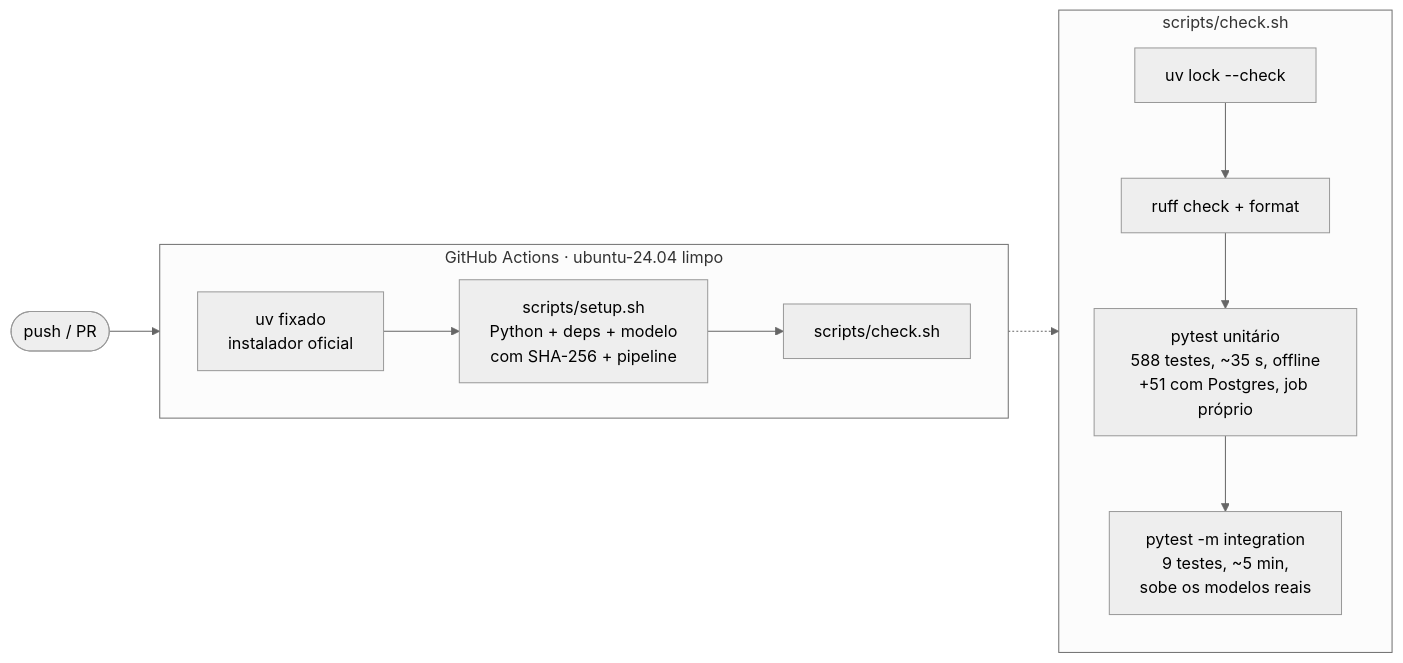
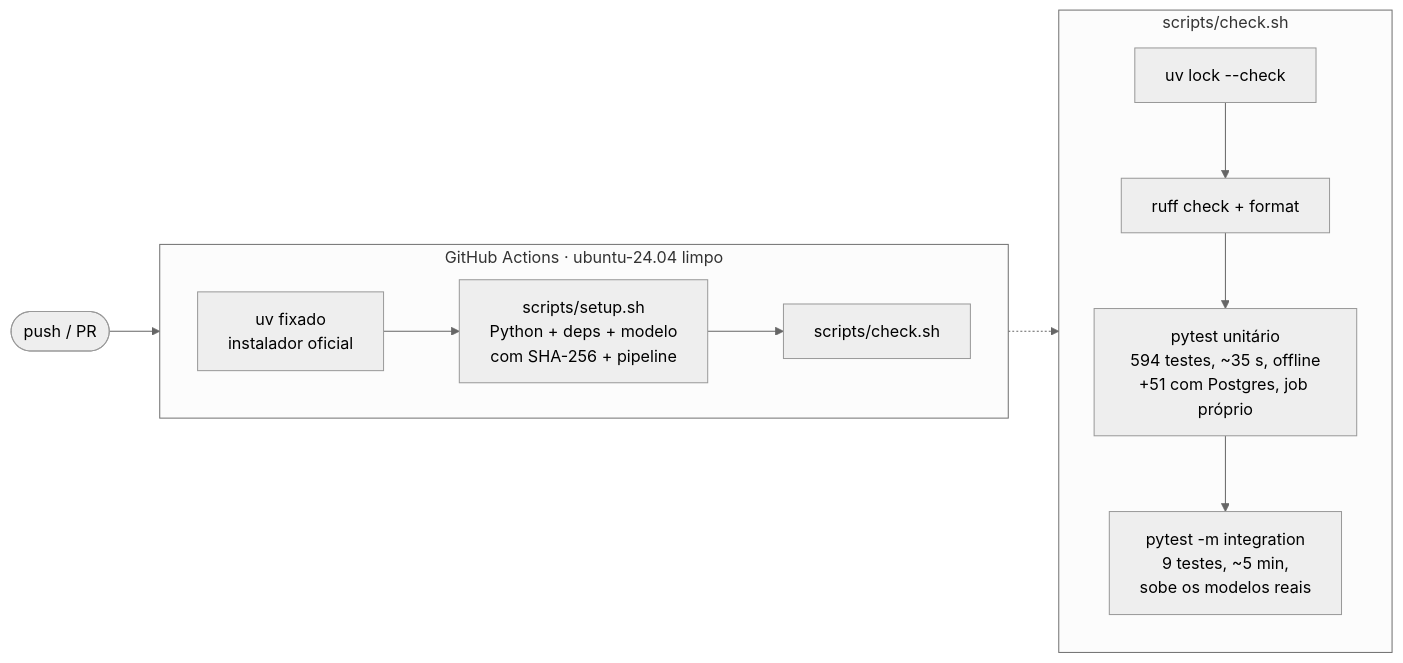
Before and after one commit to RonildoSilva/ai-engineer-challenge: the sixth of 22 diagrams in README.md, drawn with Mermaid (neutral theme). The commit also changed other lines of this file and 4 other files, not shown here.

````diff
--- a/README.md
+++ b/README.md
@@ -268,15 +268,15 @@
 ```mermaid
 flowchart LR
     P([push / PR]) --> CI
     subgraph CI[GitHub Actions · ubuntu-24.04 limpo]
         direction LR
         U[uv fixado<br/>instalador oficial] --> S[scripts/setup.sh<br/>Python + deps + modelo<br/>com SHA-256 + pipeline] --> K[scripts/check.sh]
     end
     subgraph K2[scripts/check.sh]
         direction TB
         L1[uv lock --check] --> L2[ruff check + format]
-        L2 --> L3[pytest unitário<br/>588 testes, ~35 s, offline<br/>+51 com Postgres, job próprio]
+        L2 --> L3[pytest unitário<br/>594 testes, ~35 s, offline<br/>+51 com Postgres, job próprio]
         L3 --> L4[pytest -m integration<br/>9 testes, ~5 min,<br/>sobe os modelos reais]
     end
     K -.-> K2
 ```
````
